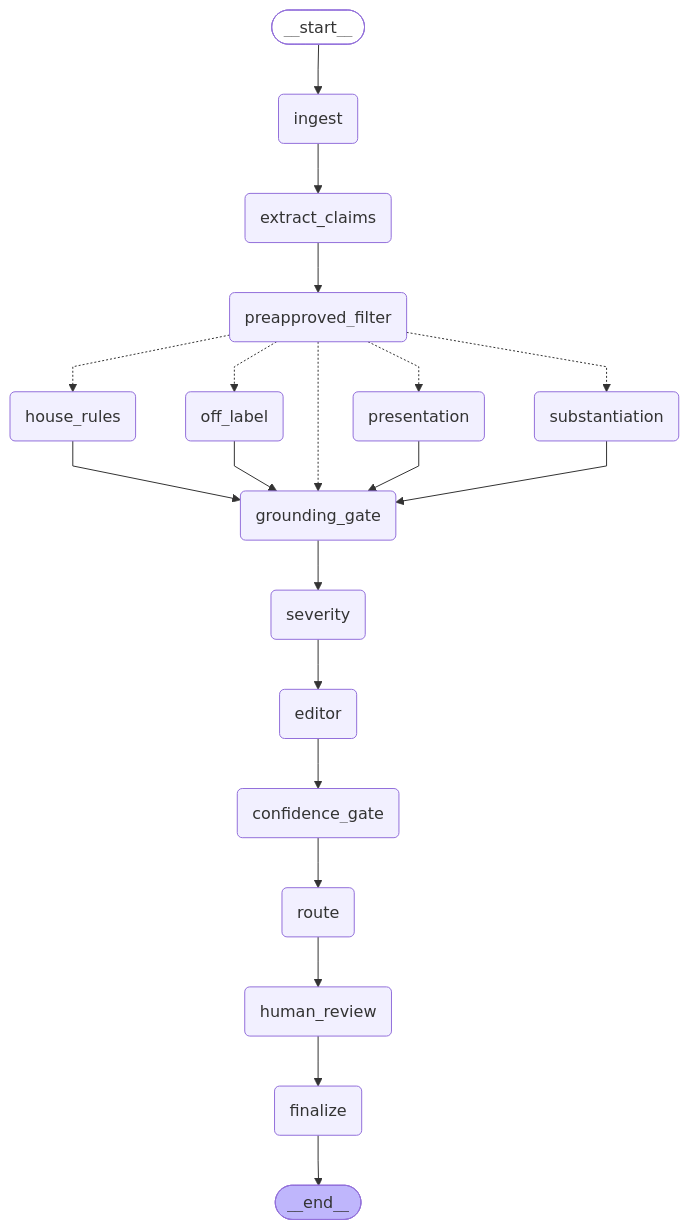
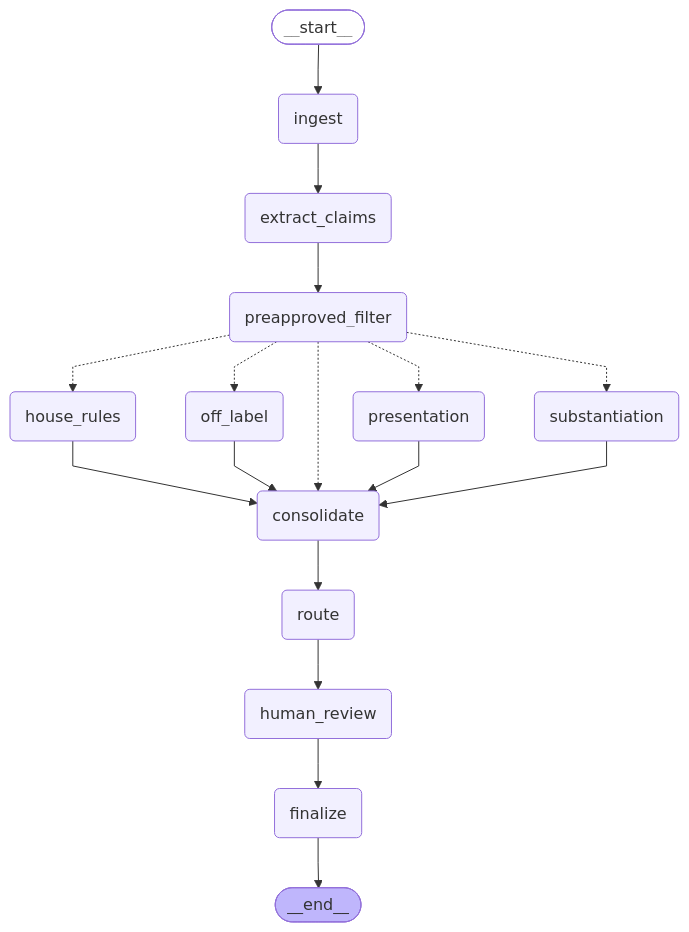
One commit to supriyarao/mlr-review changed the diagram in docs/graph.mmd. Above: the diagram before and after it, drawn with Mermaid. The commit also changed 15 other files, not shown here.

```diff
--- a/docs/graph.mmd
+++ b/docs/graph.mmd
@@ -1,44 +1,38 @@
 ---
 config:
   flowchart:
     curve: linear
 ---
 graph TD;
 	__start__([<p>__start__</p>]):::first
 	ingest(ingest)
 	extract_claims(extract_claims)
 	preapproved_filter(preapproved_filter)
 	substantiation(substantiation)
 	off_label(off_label)
 	presentation(presentation)
 	house_rules(house_rules)
-	grounding_gate(grounding_gate)
-	severity(severity)
-	editor(editor)
-	confidence_gate(confidence_gate)
+	consolidate(consolidate)
 	route(route)
 	human_review(human_review)
 	finalize(finalize)
 	__end__([<p>__end__</p>]):::last
 	__start__ --> ingest;
-	confidence_gate --> route;
-	editor --> confidence_gate;
+	consolidate --> route;
 	extract_claims --> preapproved_filter;
-	grounding_gate --> severity;
-	house_rules --> grounding_gate;
+	house_rules --> consolidate;
 	human_review --> finalize;
 	ingest --> extract_claims;
-	off_label --> grounding_gate;
-	preapproved_filter -.-> grounding_gate;
+	off_label --> consolidate;
+	preapproved_filter -.-> consolidate;
 	preapproved_filter -.-> house_rules;
 	preapproved_filter -.-> off_label;
 	preapproved_filter -.-> presentation;
 	preapproved_filter -.-> substantiation;
-	presentation --> grounding_gate;
+	presentation --> consolidate;
 	route --> human_review;
-	severity --> editor;
-	substantiation --> grounding_gate;
+	substantiation --> consolidate;
 	finalize --> __end__;
 	classDef default fill:#f2f0ff,line-height:1.2
 	classDef first fill-opacity:0
 	classDef last fill:#bfb6fc
```
